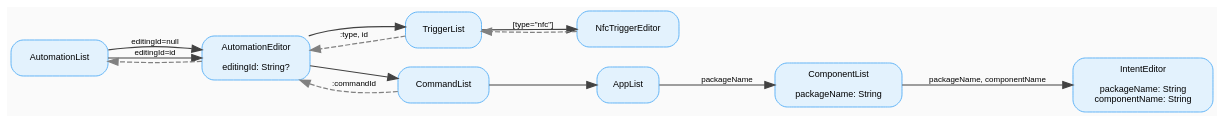
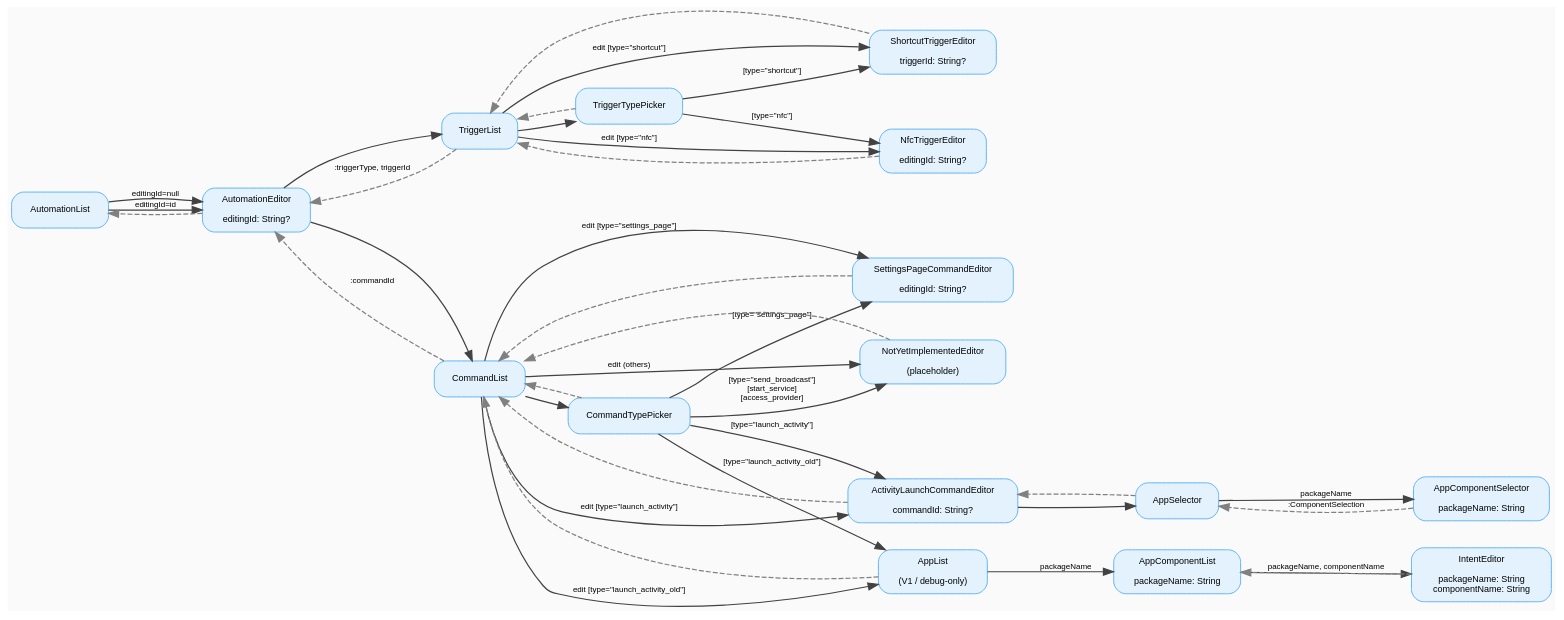
One commit to vokimon/vokibot changed the diagram in docs/screens.dot. Above: the diagram before and after it, drawn with Graphviz. The commit also changed other lines of this file and 1 other file, not shown here.

```diff
--- a/docs/screens.dot
+++ b/docs/screens.dot
@@ -1,30 +1,62 @@
 digraph BuilderScreens {
     graph [rankdir=LR, fontname="Helvetica", fontsize=10, bgcolor="#FAFAFA"];
     node [shape=box, style="filled,rounded", fillcolor="#E3F2FD", color="#64B5F6", fontname="Helvetica", fontsize=9, margin="0.2,0.1"];
     edge [fontname="Helvetica", fontsize=8, color="#424242", penwidth=1.2];
 
     AutomationList [label="AutomationList"];
     AutomationEditor [label="AutomationEditor\n\neditingId: String?"];
     TriggerList [label="TriggerList"];
-    NfcTriggerEditor [label="NfcTriggerEditor"];
+    TriggerTypePicker [label="TriggerTypePicker"];
+    ShortcutTriggerEditor [label="ShortcutTriggerEditor\n\ntriggerId: String?"];
+    NfcTriggerEditor [label="NfcTriggerEditor\n\neditingId: String?"];
     CommandList [label="CommandList"];
-    AppList [label="AppList"];
-    ComponentList [label="ComponentList\n\npackageName: String"];
+    CommandTypePicker [label="CommandTypePicker"];
+    ActivityLaunchCommandEditor [label="ActivityLaunchCommandEditor\n\ncommandId: String?"];
+    AppSelector [label="AppSelector"];
+    AppComponentSelector [label="AppComponentSelector\n\npackageName: String"];
+    AppList [label="AppList\n\n(V1 / debug-only)"];
+    AppComponentList [label="AppComponentList\n\npackageName: String"];
     IntentEditor [label="IntentEditor\n\npackageName: String\ncomponentName: String"];
+    SettingsPageCommandEditor [label="SettingsPageCommandEditor\n\neditingId: String?"];
+    NotYetImplementedEditor [label="NotYetImplementedEditor\n\n(placeholder)"];
 
     // Pushes (solid)
     AutomationList -> AutomationEditor [label="editingId=null"];
     AutomationList -> AutomationEditor [label="editingId=id"];
     AutomationEditor -> TriggerList [label=""];
-    TriggerList -> NfcTriggerEditor [label="[type=\"nfc\"]"];
     AutomationEditor -> CommandList [label=""];
-    CommandList -> AppList [label=""];
-    AppList -> ComponentList [label="packageName"];
-    ComponentList -> IntentEditor [label="packageName, componentName"];
+    TriggerList -> TriggerTypePicker [label=""];
+    TriggerTypePicker -> ShortcutTriggerEditor [label="[type=\"shortcut\"]"];
+    TriggerTypePicker -> NfcTriggerEditor [label="[type=\"nfc\"]"];
+    TriggerList -> ShortcutTriggerEditor [label="edit [type=\"shortcut\"]"];
+    TriggerList -> NfcTriggerEditor [label="edit [type=\"nfc\"]"];
+    CommandList -> CommandTypePicker [label=""];
+    CommandTypePicker -> ActivityLaunchCommandEditor [label="[type=\"launch_activity\"]"];
+    CommandTypePicker -> AppList [label="[type=\"launch_activity_old\"]"];
+    CommandTypePicker -> SettingsPageCommandEditor [label="[type=\"settings_page\"]"];
+    CommandTypePicker -> NotYetImplementedEditor [label="[type=\"send_broadcast\"]\n[start_service]\n[access_provider]"];
+    CommandList -> ActivityLaunchCommandEditor [label="edit [type=\"launch_activity\"]"];
+    CommandList -> AppList [label="edit [type=\"launch_activity_old\"]"];
+    CommandList -> SettingsPageCommandEditor [label="edit [type=\"settings_page\"]"];
+    CommandList -> NotYetImplementedEditor [label="edit (others)"];
+    ActivityLaunchCommandEditor -> AppSelector [label=""];
+    AppSelector -> AppComponentSelector [label="packageName"];
+    AppList -> AppComponentList [label="packageName"];
+    AppComponentList -> IntentEditor [label="packageName, componentName"];
 
     // Returns (dashed)
+    AppComponentSelector -> AppSelector [label=":ComponentSelection", style=dashed, color=gray];
+    AppSelector -> ActivityLaunchCommandEditor [label="", style=dashed, color=gray];
+    IntentEditor -> AppComponentList [label="", style=dashed, color=gray];
+    ShortcutTriggerEditor -> TriggerList [label="", style=dashed, color=gray];
     NfcTriggerEditor -> TriggerList [label="", style=dashed, color=gray];
-    TriggerList -> AutomationEditor [label=":type, id", style=dashed, color=gray];
+    TriggerTypePicker -> TriggerList [label="", style=dashed, color=gray];
+    TriggerList -> AutomationEditor [label=":triggerType, triggerId", style=dashed, color=gray];
+    ActivityLaunchCommandEditor -> CommandList [label="", style=dashed, color=gray];
+    AppList -> CommandList [label="", style=dashed, color=gray];
+    SettingsPageCommandEditor -> CommandList [label="", style=dashed, color=gray];
+    NotYetImplementedEditor -> CommandList [label="", style=dashed, color=gray];
+    CommandTypePicker -> CommandList [label="", style=dashed, color=gray];
     CommandList -> AutomationEditor [label=":commandId", style=dashed, color=gray];
     AutomationEditor -> AutomationList [label="", style=dashed, color=gray];
 }
```
